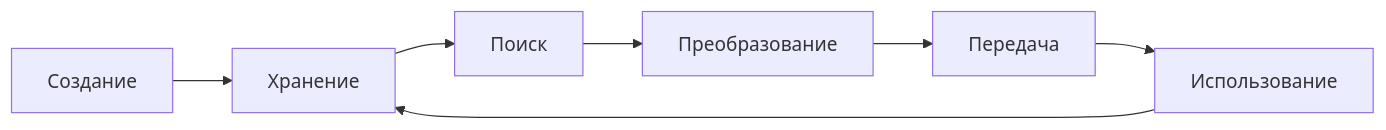
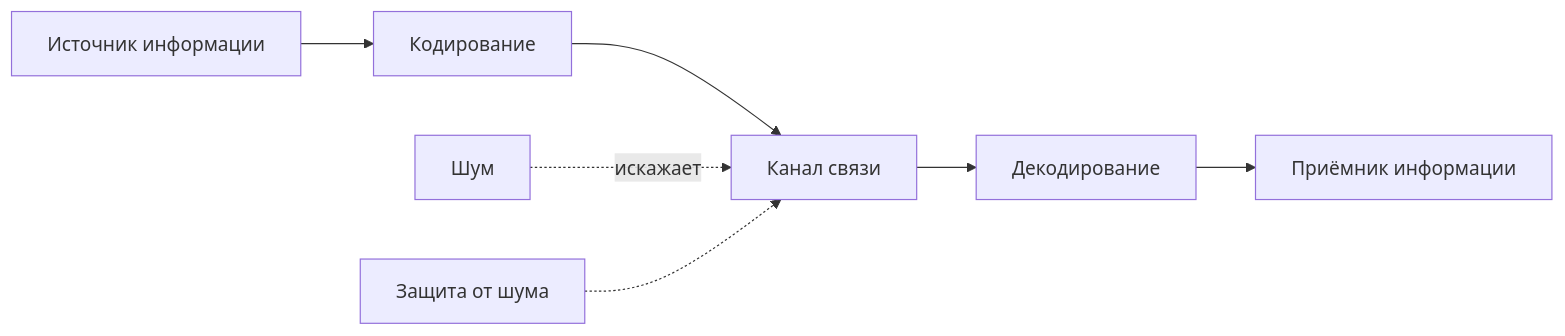
One commit to Spirzen/it-knowledge-base changed the fourth of 12 diagrams in docs/encyclopedia/1-basics/1-035-bazovaya-informatika/1.md. Above: the diagram before and after it, drawn with Mermaid. The commit also changed other lines of this file and 199 other files, not shown here.

````diff
--- a/docs/encyclopedia/1-basics/1-035-bazovaya-informatika/1.md
+++ b/docs/encyclopedia/1-basics/1-035-bazovaya-informatika/1.md
@@ -378,9 +892,9 @@
 ```mermaid
 flowchart LR
-    A[Создание] --> B[Хранение]
-    B --> C[Поиск]
-    C --> D[Преобразование]
-    D --> E[Передача]
-    E --> F[Использование]
-    F --> B
+    S[Источник информации] --> E[Кодирование]
+    E --> CH[Канал связи]
+    CH --> D[Декодирование]
+    D --> R[Приёмник информации]
+    N[Шум] -.->|искажает| CH
+    Z[Защита от шума] -.-> CH
 ```
````
